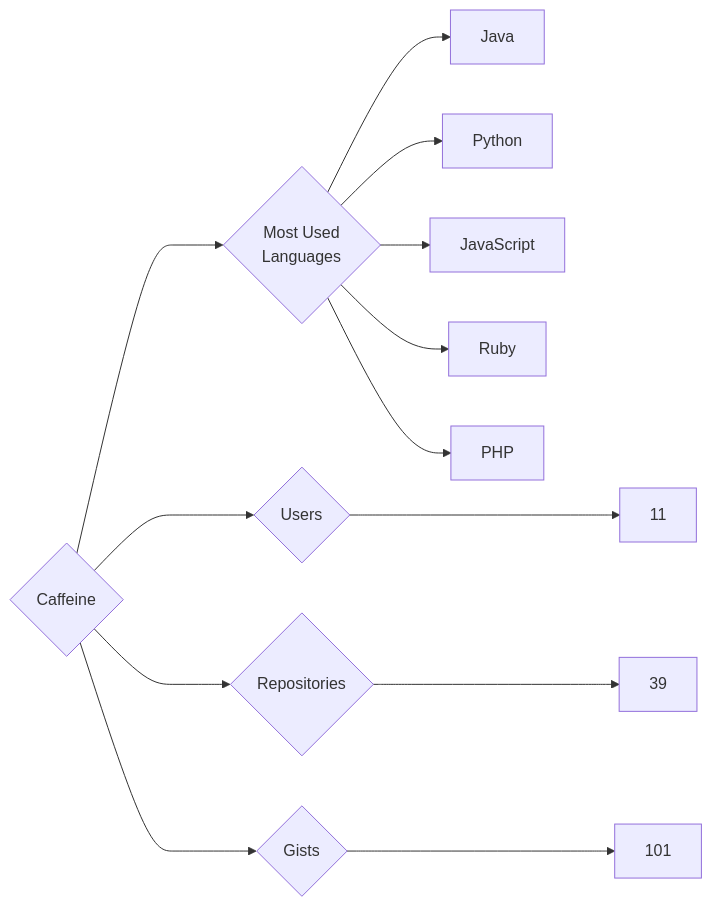
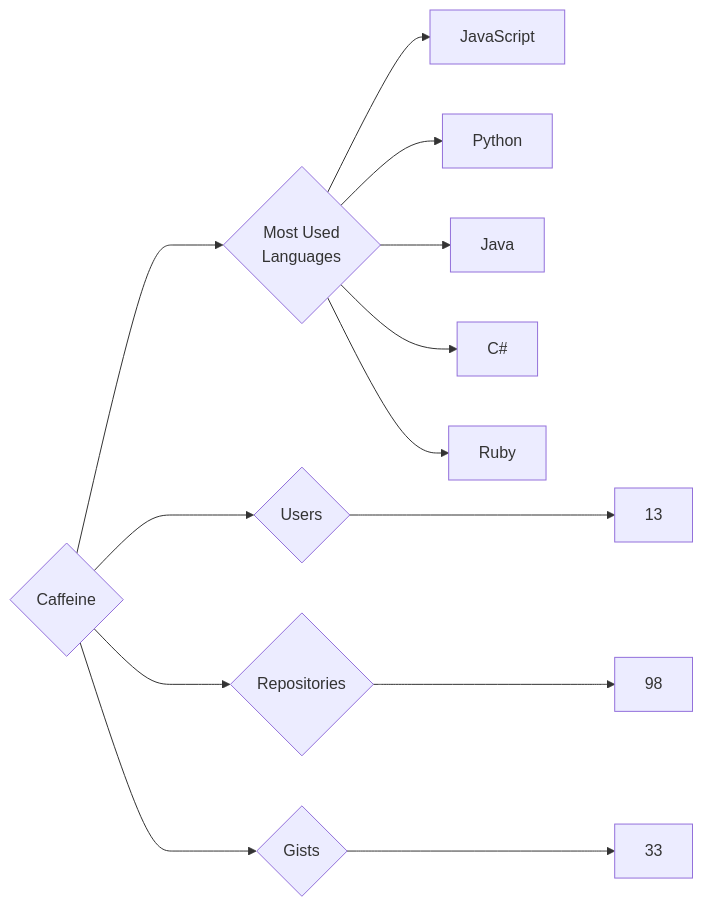
One commit to trickest/insiders changed the diagram in targets/Caffeine/README.md. Above: the diagram before and after it, drawn with Mermaid. The commit also changed 614 other files, not shown here.

````diff
--- a/targets/Caffeine/README.md
+++ b/targets/Caffeine/README.md
@@ -3,13 +3,13 @@
 ```mermaid
 graph LR
 COMPANY_NAME{Caffeine}
-COMPANY_NAME ---> U{Users} ---> UN[11]
-COMPANY_NAME ---> R{Repositories} ---> RN[39]
-COMPANY_NAME ---> G{Gists} ---> GN[101]
+COMPANY_NAME ---> U{Users} ---> UN[13]
+COMPANY_NAME ---> R{Repositories} ---> RN[98]
+COMPANY_NAME ---> G{Gists} ---> GN[33]
 COMPANY_NAME ---> ML{Most Used<br>Languages}
+ML --> JavaScript[JavaScript]
+ML --> Python[Python]
 ML --> Java[Java]
-ML --> Python[Python]
-ML --> JavaScript[JavaScript]
+ML --> C#[C#]
 ML --> Ruby[Ruby]
-ML --> PHP[PHP]
 ```
````
